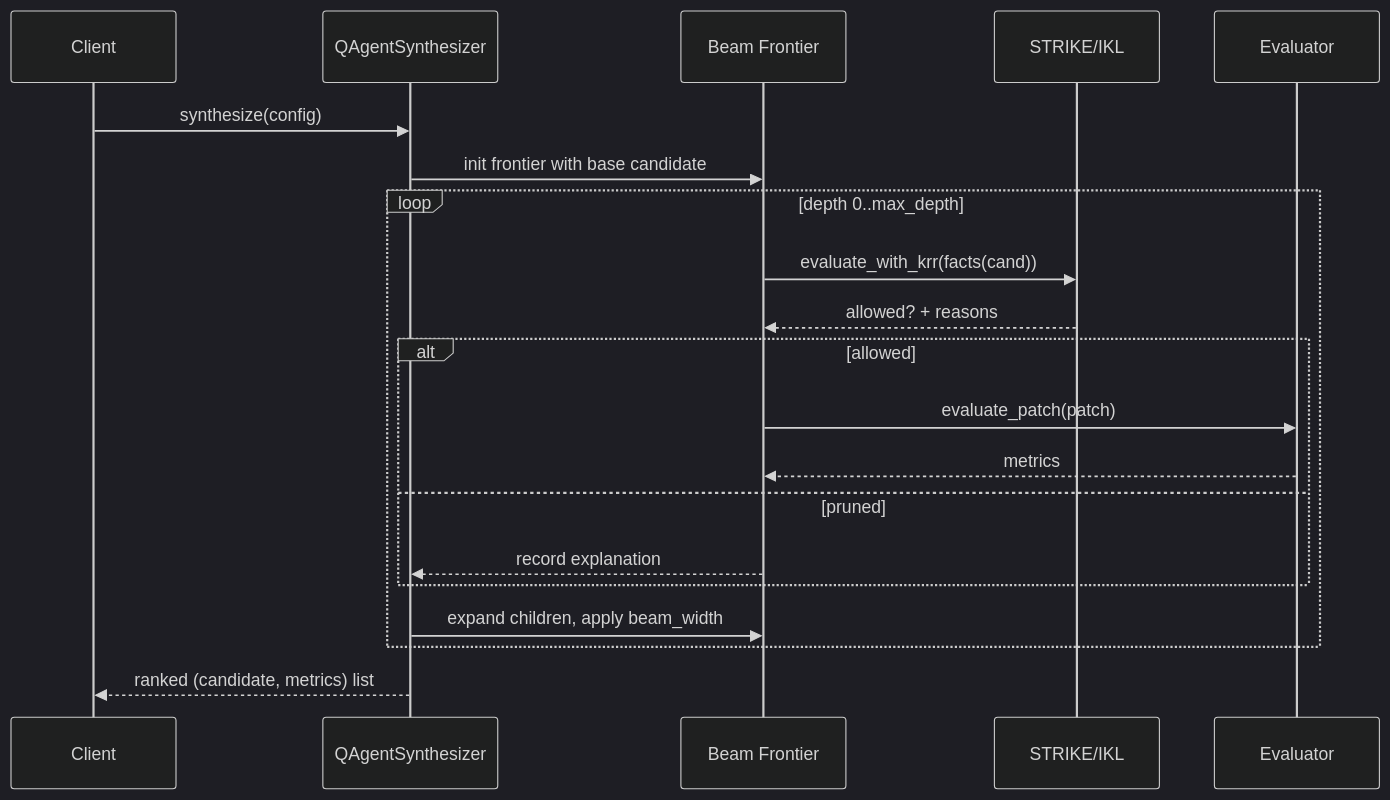
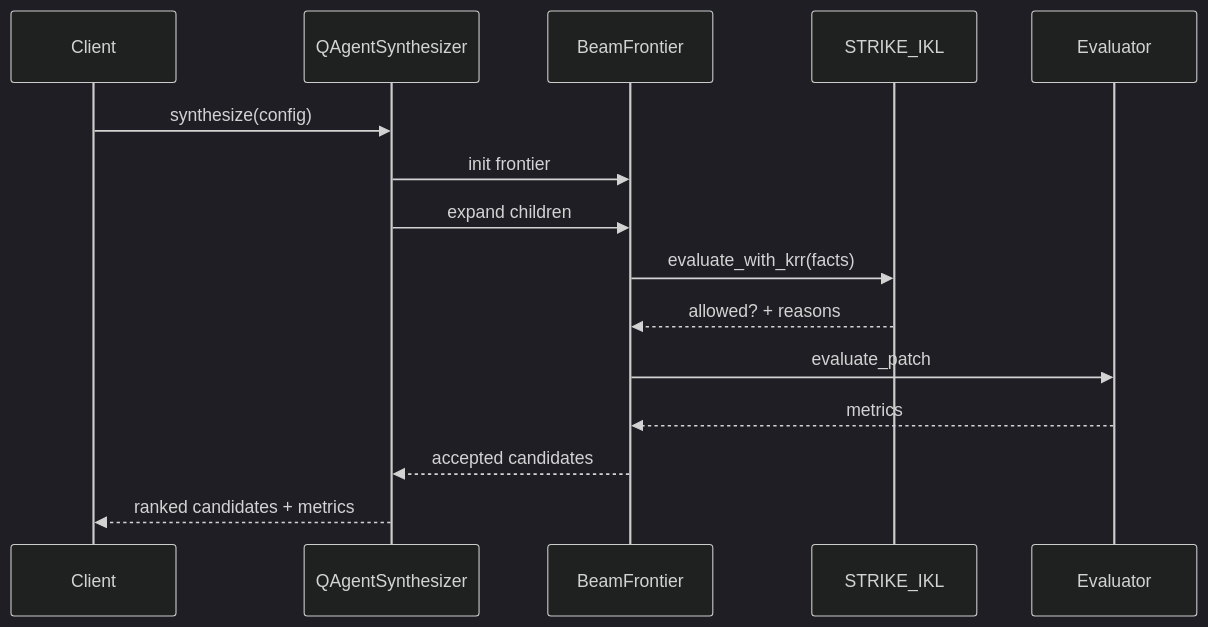
One commit to TheDarkLightX/Intelligent-Daemon-Interface changed the fourth of 5 diagrams in docs/PARAMETERIZATION_AND_SYNTH_VISUALS.md. Above: the diagram before and after it, drawn with Mermaid (dark theme). The commit also changed other lines of this file and 1 other file, not shown here.

Commit message:
Refine modular synth docs and Mermaid visuals

````diff
--- a/docs/PARAMETERIZATION_AND_SYNTH_VISUALS.md
+++ b/docs/PARAMETERIZATION_AND_SYNTH_VISUALS.md
@@ -150,27 +136,20 @@
 ```mermaid
 sequenceDiagram
     participant Client
     participant Synth as QAgentSynthesizer
-    participant Beam as Beam Frontier
-    participant KRR as STRIKE/IKL
+    participant Beam as BeamFrontier
+    participant KRR as STRIKE_IKL
     participant Eval as Evaluator
 
     Client->>Synth: synthesize(config)
-    Synth->>Beam: init frontier with base candidate
+    Synth->>Beam: init frontier
 
-    loop depth 0..max_depth
-        Beam->>KRR: evaluate_with_krr(facts(cand))
-        KRR-->>Beam: allowed? + reasons
+    Synth->>Beam: expand children
+    Beam->>KRR: evaluate_with_krr(facts)
+    KRR-->>Beam: allowed? + reasons
+    Beam->>Eval: evaluate_patch
+    Eval-->>Beam: metrics
+    Beam-->>Synth: accepted candidates
 
-        alt allowed
-            Beam->>Eval: evaluate_patch(patch)
-            Eval-->>Beam: metrics
-        else pruned
-            Beam-->>Synth: record explanation
-        end
-
-        Synth->>Beam: expand children, apply beam_width
-    end
-
-    Synth-->>Client: ranked (candidate, metrics) list
+    Synth-->>Client: ranked candidates + metrics
 ```
````
